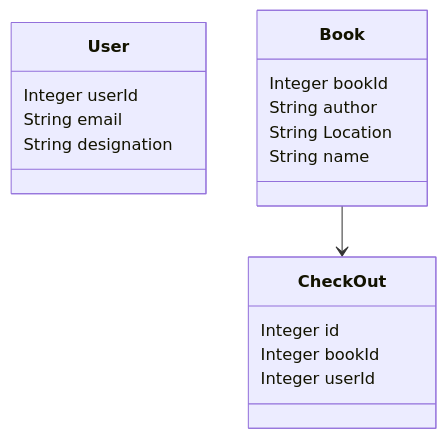
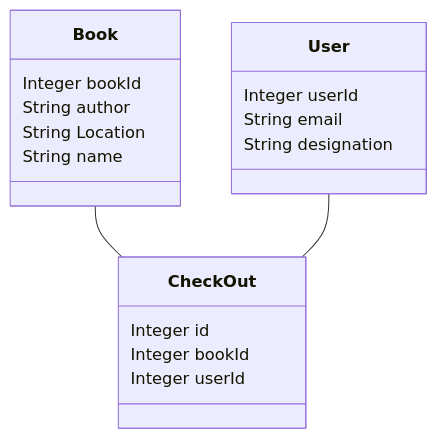
Before and after one commit to dmavani25/DivineManuscriptsDB: the diagram in docs/phase1.md, drawn with Mermaid.

Commit message:
relations between checkout and user

````diff
--- a/docs/phase1.md
+++ b/docs/phase1.md
@@ -3,21 +3,22 @@
 ```mermaid
 classDiagram
     class User
     User : Integer userId
     User : String email
     User : String designation
 
     class Book
     Book : Integer bookId
     Book : String author
     Book : String Location 
     Book : String name
 
 
     class CheckOut
     CheckOut : Integer id
     CheckOut : Integer bookId
     CheckOut : Integer userId 
 
-    Book --> CheckOut
+    Book -- CheckOut
+    User -- CheckOut
 ```
````
